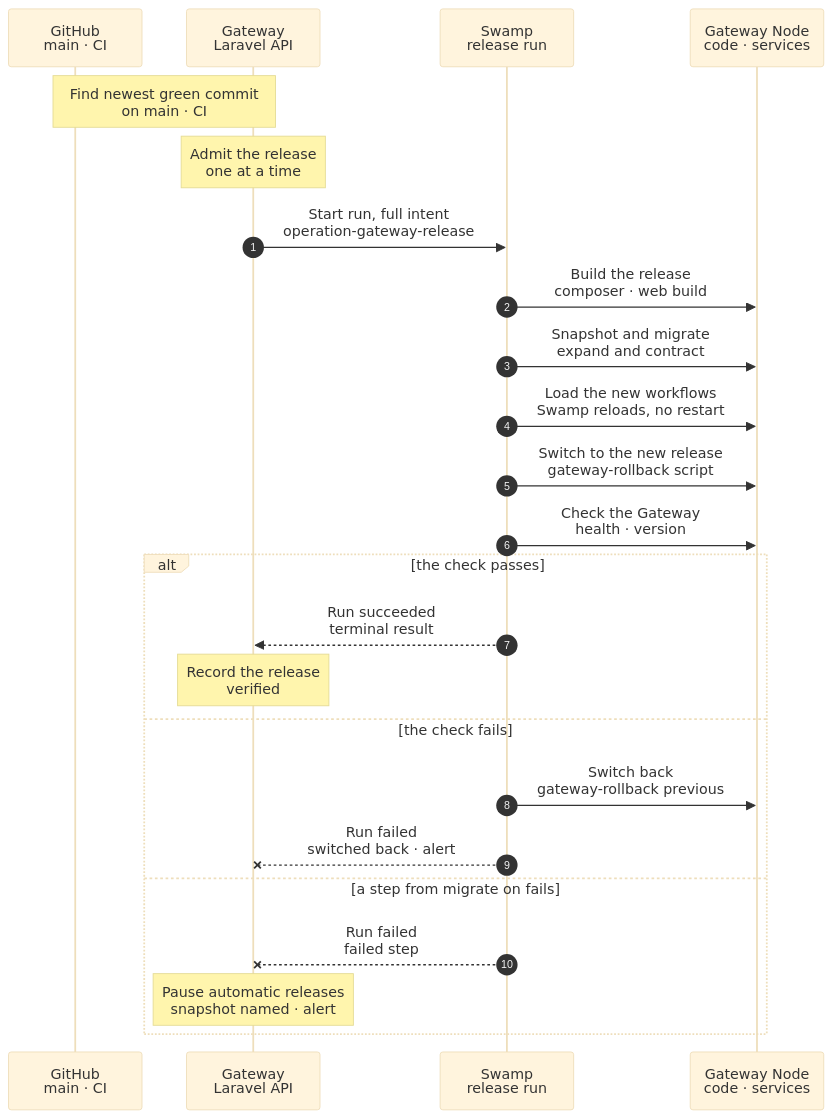
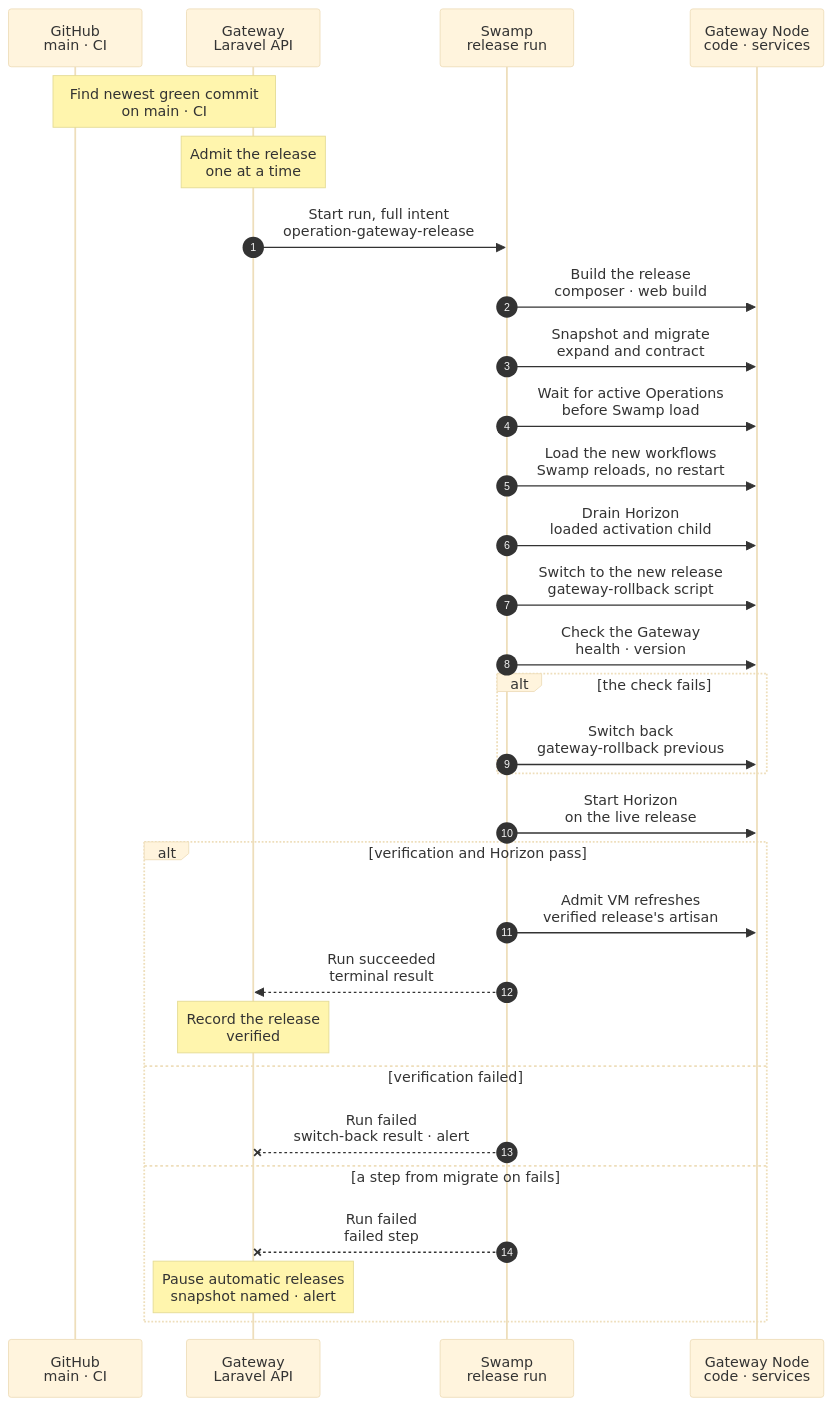
The diagram in docs/reference/pipeline/5-automatic-release.mmd (hardimpactdev/orbit), drawn with Mermaid (base theme) before and after one commit. The commit also changed 41 other files, not shown here.

Commit message:
docs: align release, container, CI and reference guidance with main

```diff
--- a/docs/reference/pipeline/5-automatic-release.mmd
+++ b/docs/reference/pipeline/5-automatic-release.mmd
@@ -1,73 +1,85 @@
 sequenceDiagram
-  %% Target design: stage 5 of the command development pipeline (feature-flow section 6, gateway-recovery "Automatic releases"). A merged green commit gets an automatic Swamp release run; a failed check switches back. The steps of the run itself are in the chart gateway:release:deploy. No fleet test follows a release.
+  %% Target design: stage 5 of the command development pipeline (feature-flow section 6, gateway-recovery "Automatic releases"). A merged green commit gets an automatic Swamp release run when automatic releases are enabled and unpaused; a failed check switches back. The steps of the run itself are in the chart gateway:release:deploy. No fleet test follows a release.
   %% status: draft
   %% command: development pipeline stage 5 · automatic Swamp release
   %% kind: pipeline.5-automatic-release
   autonumber
   %% lane GH icon=server pill=CI tone=blue
   %% lane GW icon=gateway pill=intent tone=blue
   %% lane SW icon=workflow pill=executes tone=green
   %% lane GN icon=server pill=target tone=amber
   participant GH as GitHub<br/>main · CI
   participant GW as Gateway<br/>Laravel API
   participant SW as Swamp<br/>release run
   participant GN as Gateway Node<br/>code · services
   Note over GW,GH: Find newest green commit<br/>on main · CI
   %%> Built:
   %%> - the Gateway looks every five minutes while automatic releases are on, and reads CI through its GitHub App; the merges of those five minutes go out in one release of the newest green commit
   %%> What it accepts:
   %%> - a run of `ci.yml` on `main`, with `Required checks` and `Gateway release inputs` green; there is no merge queue, so a red main commit is never released and main is fixed forward
   %%> - a run from a fork, a PR or another workflow does not count
   Note over GW: Admit the release<br/>one at a time
   %%> Requirements:
   %%> - no other release queued or running, and automatic releases not paused
   %%> - the agent pin passes its Sigstore check; CI published the web build
   %%> Why:
   %%> - several merges can land during a release; the next run takes only the newest commit
   %%> Result:
   %%> - a running release record; the pin, artifact and targets are frozen as inputs
   GW->>SW: Start run, full intent<br/>operation-gateway-release
   %%> Why:
   %%> - the Gateway records intent only; Swamp executes. Detail of every step: chart `gateway:release:deploy`
   SW->>GN: Build the release<br/>composer · web build
   %%> What it does:
   %%> - refuses a commit that does not descend from the current release
   %%> - installs dependencies and the web build, and seals the release
   SW->>GN: Snapshot and migrate<br/>expand and contract
   %%> What it does:
   %%> - writes a database snapshot, then migrates while the old release still serves
   %%> - old code must work with the new schema
+  SW->>GN: Wait for active Operations<br/>before Swamp load
+  %%> What it does:
+  %%> - checks release-blocking Operations while the old release and Horizon serve; force does not bypass it
+  %%> - a busy timeout refuses with `gateway.release_busy`; no Swamp load or activation follows
   SW->>GN: Load the new workflows<br/>Swamp reloads, no restart
   %%> Why:
   %%> - the switch then runs the new commit's own steps
+  SW->>GN: Drain Horizon<br/>loaded activation child
+  %%> On failure:
+  %%> - no switch follows a failed drain; Start Horizon still runs
   SW->>GN: Switch to the new release<br/>gateway-rollback script
   %%> What it does:
-  %%> - drains Horizon, switches the links, reloads PHP-FPM, restarts the running services
+  %%> - switches the links, reloads PHP-FPM, restarts the running services; a failed switch still reaches Start Horizon
   SW->>GN: Check the Gateway<br/>health · version
   %%> What it does:
   %%> - reads the health endpoint and the status version of the Gateway
-  alt the check passes
+  alt the check fails
+    SW->>GN: Switch back<br/>gateway-rollback previous
+    %%> What it does:
+    %%> - returns to the previous release without Swamp; a failed switch-back reports its own error
+  end
+  SW->>GN: Start Horizon<br/>on the live release
+  %%> What it does:
+  %%> - always runs after activation paths, including failed drain, switch, verification or switch-back; skips only when no Horizon unit is configured
+  %%> - a failed start admits no refresh
+  alt verification and Horizon pass
+    SW->>GN: Admit VM refreshes<br/>verified release's artisan
+    %%> What it does:
+    %%> - also permits a skipped Horizon start; admission is best effort and never waits for refresh completion (stage 6)
     SW-->>GW: Run succeeded<br/>terminal result
-    %%> Result:
-    %%> - the run reports success once, as a terminal result
     Note over GW: Record the release<br/>verified
     %%> Result:
-    %%> - the release is recorded; the Gateway admits the footprint rollout of stage 8 (`fleet.rollout`), and a daily pass at 03:05 Amsterdam visits the Nodes it deferred
-    %%> - no fleet test follows a release
-    %%> Next:
-    %%> - each task VM host refreshes its image and seed (stage 6; built, 4 of 33 runs succeeded by 2026-11-06)
-  else the check fails
-    SW->>GN: Switch back<br/>gateway-rollback previous
-    %%> What it does:
-    %%> - returns to the previous release without Swamp
-    SW--xGW: Run failed<br/>switched back · alert
+    %%> - the Gateway admits the [Fleet rollout](/reference/gateway-recovery#fleet-rollout), and a daily pass at 03:05 Amsterdam visits the Nodes it deferred
+    %%> - no fleet test follows a release; development defaults are not deployed by it
+  else verification failed
+    SW--xGW: Run failed<br/>switch-back result · alert
     %%> Result:
-    %%> - the Gateway records that it switched back and raises an alert; the next green commit releases
+    %%> - the Gateway records the failed verification and switch-back outcome; no refresh is admitted
   else a step from migrate on fails
     SW--xGW: Run failed<br/>failed step
     %%> On failure:
     %%> - from migrate on, the old release may be live with a changed schema, so the run stops and names the snapshot
     Note over GW: Pause automatic releases<br/>snapshot named · alert
     %%> Result:
     %%> - restoring the snapshot is an operator action; `gateway:auto-release:resume` clears the pause
   end
```
